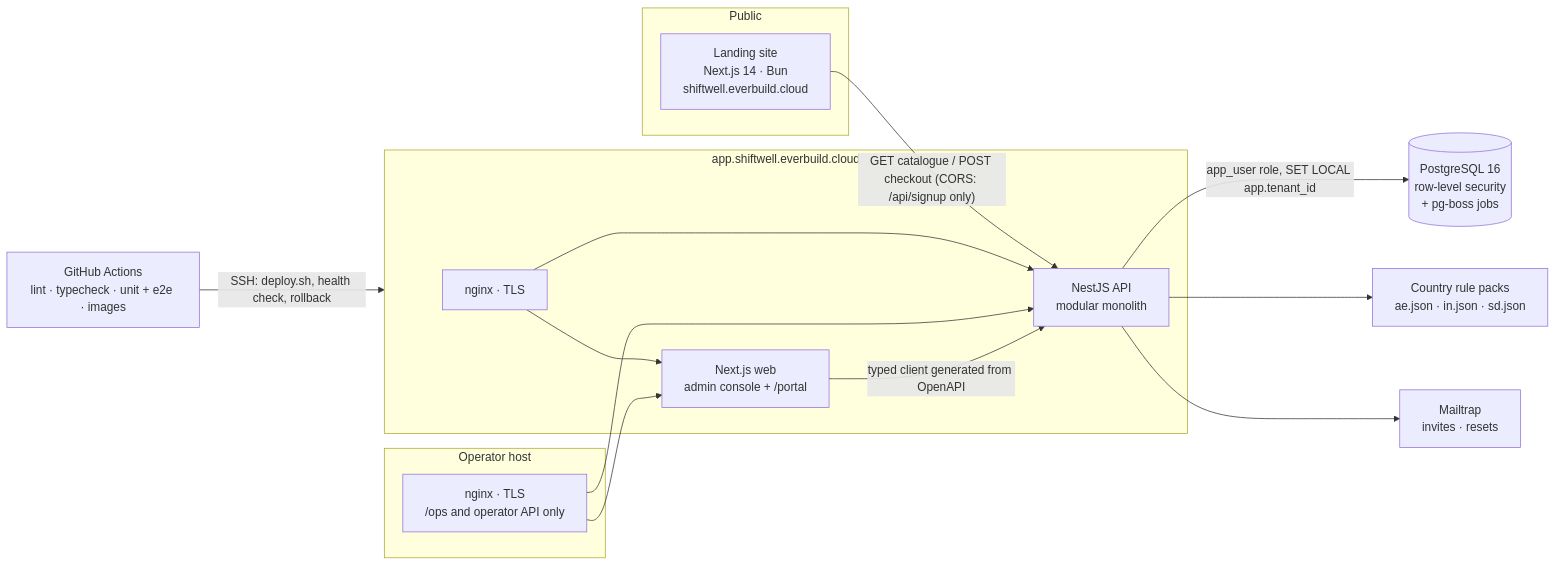
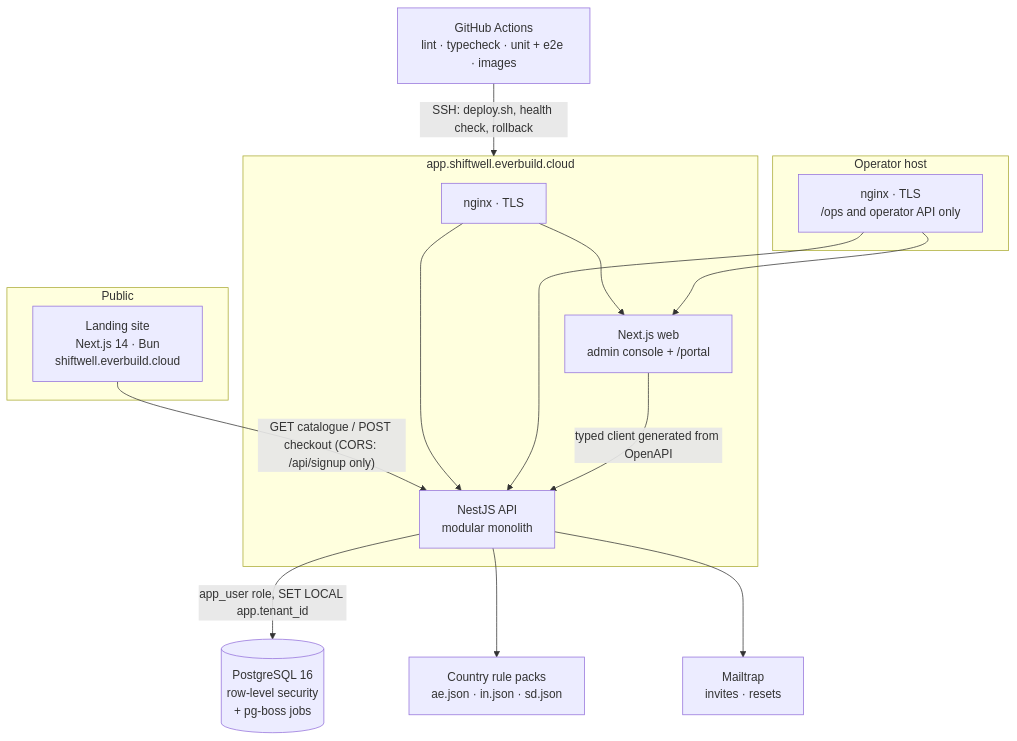
The diagram in README.md (defoibrahim/shiftwell-showcase), drawn with Mermaid before and after one commit.

Commit message:
README: lay out architecture diagram top-to-bottom for legibility
The left-to-right layout was scaled to 40% in GitHub's README width and the
database node sat under the diagram's zoom controls.

````diff
--- a/README.md
+++ b/README.md
@@ -89,29 +89,29 @@
 ```mermaid
-flowchart LR
+flowchart TB
   subgraph Public
     L["Landing site<br/>Next.js 14 · Bun<br/>shiftwell.everbuild.cloud"]
   end
   subgraph App["app.shiftwell.everbuild.cloud"]
     N1["nginx · TLS"]
     W["Next.js web<br/>admin console + /portal"]
     A["NestJS API<br/>modular monolith"]
   end
   subgraph Ops["Operator host"]
     N2["nginx · TLS<br/>/ops and operator API only"]
   end
   DB[("PostgreSQL 16<br/>row-level security<br/>+ pg-boss jobs")]
   RP["Country rule packs<br/>ae.json · in.json · sd.json"]
   M["Mailtrap<br/>invites · resets"]
   GH["GitHub Actions<br/>lint · typecheck · unit + e2e · images"]
 
   L -- "GET catalogue / POST checkout (CORS: /api/signup only)" --> A
   N1 --> W
   N1 --> A
   N2 --> W
   N2 --> A
   W -- "typed client generated from OpenAPI" --> A
   A -- "app_user role, SET LOCAL app.tenant_id" --> DB
   A --> RP
   A --> M
   GH -- "SSH: deploy.sh, health check, rollback" --> App
 ```
````
